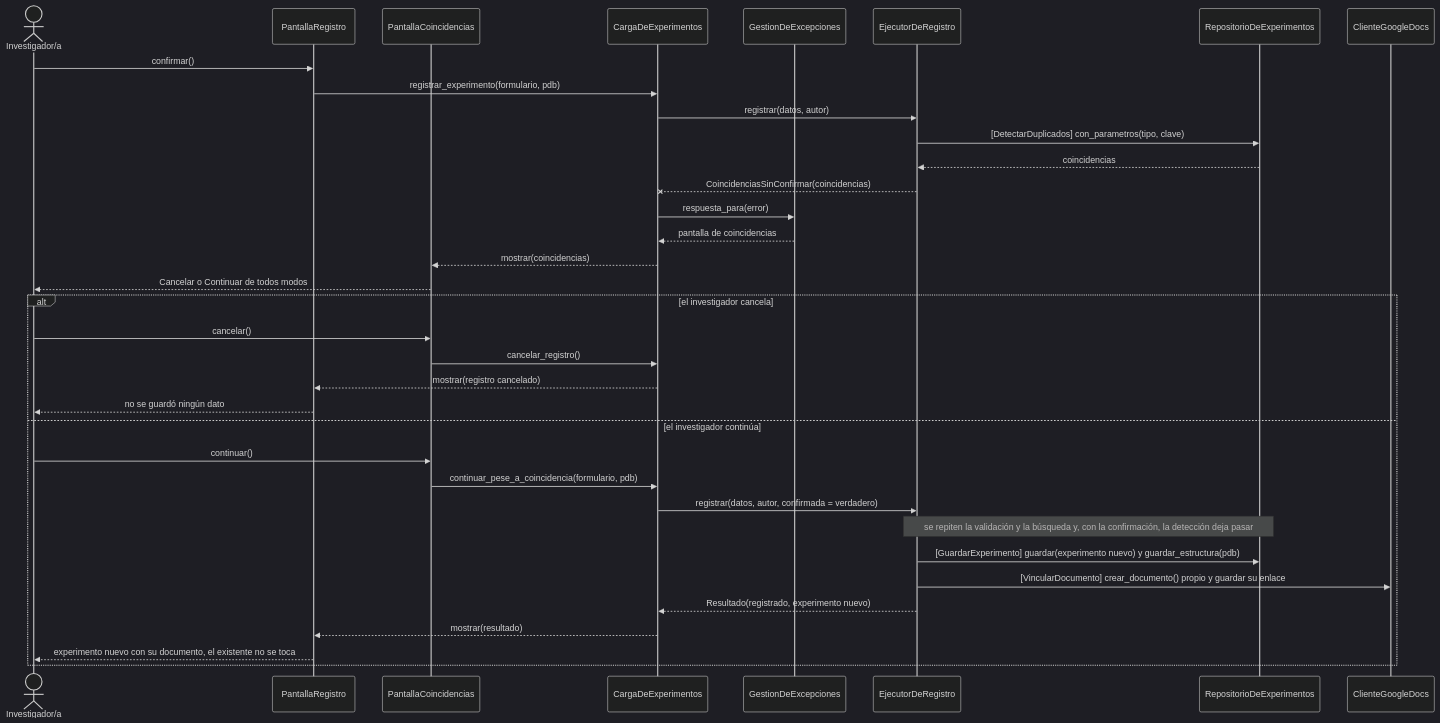
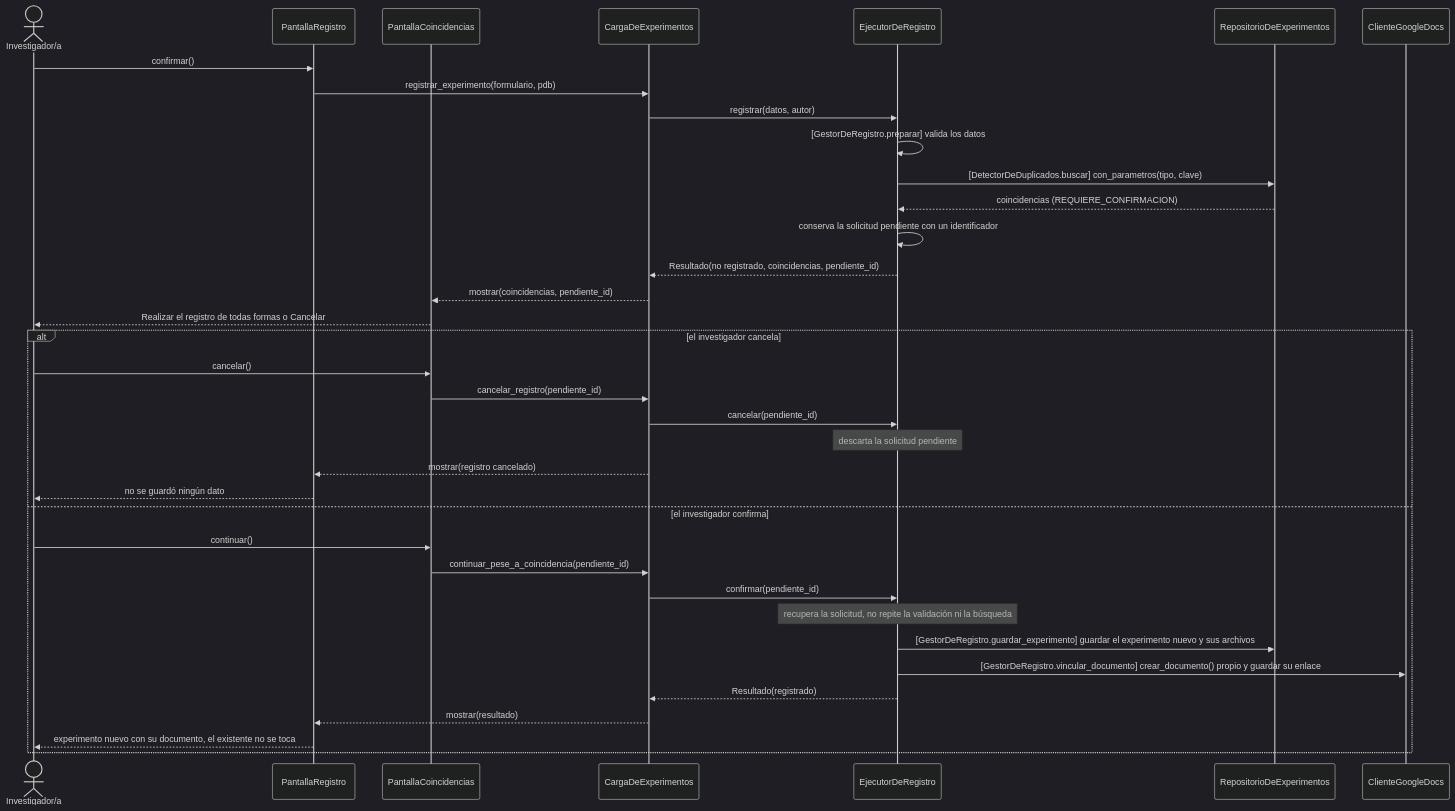
One commit to LucasSegovia01/BitacoraBio-2026 changed the third of 5 diagrams in docs/desing/diseno-detallado.md. Above: the diagram before and after it, drawn with Mermaid (dark theme). The commit also changed other lines of this file, not shown here.

Commit message:
docs/desing: se sube una nueva versión del trabajo con un nuevo diagrama de clases, falta revisión de la información sobre las pruebas unitarias y covertura

````diff
--- a/docs/desing/diseno-detallado.md
+++ b/docs/desing/diseno-detallado.md
@@ -263,37 +271,38 @@
 ```mermaid
 sequenceDiagram
     actor Inv as Investigador/a
     participant PR as PantallaRegistro
     participant PC as PantallaCoincidencias
     participant CE as CargaDeExperimentos
-    participant GX as GestionDeExcepciones
     participant E as EjecutorDeRegistro
     participant RX as RepositorioDeExperimentos
     participant CG as ClienteGoogleDocs
     Inv->>PR: confirmar()
     PR->>CE: registrar_experimento(formulario, pdb)
     CE->>E: registrar(datos, autor)
-    E->>RX: [DetectarDuplicados] con_parametros(tipo, clave)
-    RX-->>E: coincidencias
-    E--xCE: CoincidenciasSinConfirmar(coincidencias)
-    CE->>GX: respuesta_para(error)
-    GX-->>CE: pantalla de coincidencias
-    CE-->>PC: mostrar(coincidencias)
-    PC-->>Inv: Cancelar o Continuar de todos modos
+    E->>E: [GestorDeRegistro.preparar] valida los datos
+    E->>RX: [DetectorDeDuplicados.buscar] con_parametros(tipo, clave)
+    RX-->>E: coincidencias (REQUIERE_CONFIRMACION)
+    E->>E: conserva la solicitud pendiente con un identificador
+    E-->>CE: Resultado(no registrado, coincidencias, pendiente_id)
+    CE-->>PC: mostrar(coincidencias, pendiente_id)
+    PC-->>Inv: Realizar el registro de todas formas o Cancelar
     alt el investigador cancela
         Inv->>PC: cancelar()
-        PC->>CE: cancelar_registro()
+        PC->>CE: cancelar_registro(pendiente_id)
+        CE->>E: cancelar(pendiente_id)
+        Note over E: descarta la solicitud pendiente
         CE-->>PR: mostrar(registro cancelado)
         PR-->>Inv: no se guardó ningún dato
-    else el investigador continúa
+    else el investigador confirma
         Inv->>PC: continuar()
-        PC->>CE: continuar_pese_a_coincidencia(formulario, pdb)
-        CE->>E: registrar(datos, autor, confirmada = verdadero)
-        Note over E,RX: se repiten la validación y la búsqueda y, con la confirmación, la detección deja pasar
-        E->>RX: [GuardarExperimento] guardar(experimento nuevo) y guardar_estructura(pdb)
-        E->>CG: [VincularDocumento] crear_documento() propio y guardar su enlace
-        E-->>CE: Resultado(registrado, experimento nuevo)
+        PC->>CE: continuar_pese_a_coincidencia(pendiente_id)
+        CE->>E: confirmar(pendiente_id)
+        Note over E: recupera la solicitud, no repite la validación ni la búsqueda
+        E->>RX: [GestorDeRegistro.guardar_experimento] guardar el experimento nuevo y sus archivos
+        E->>CG: [GestorDeRegistro.vincular_documento] crear_documento() propio y guardar su enlace
+        E-->>CE: Resultado(registrado)
         CE-->>PR: mostrar(resultado)
         PR-->>Inv: experimento nuevo con su documento, el existente no se toca
     end
 ```
````
